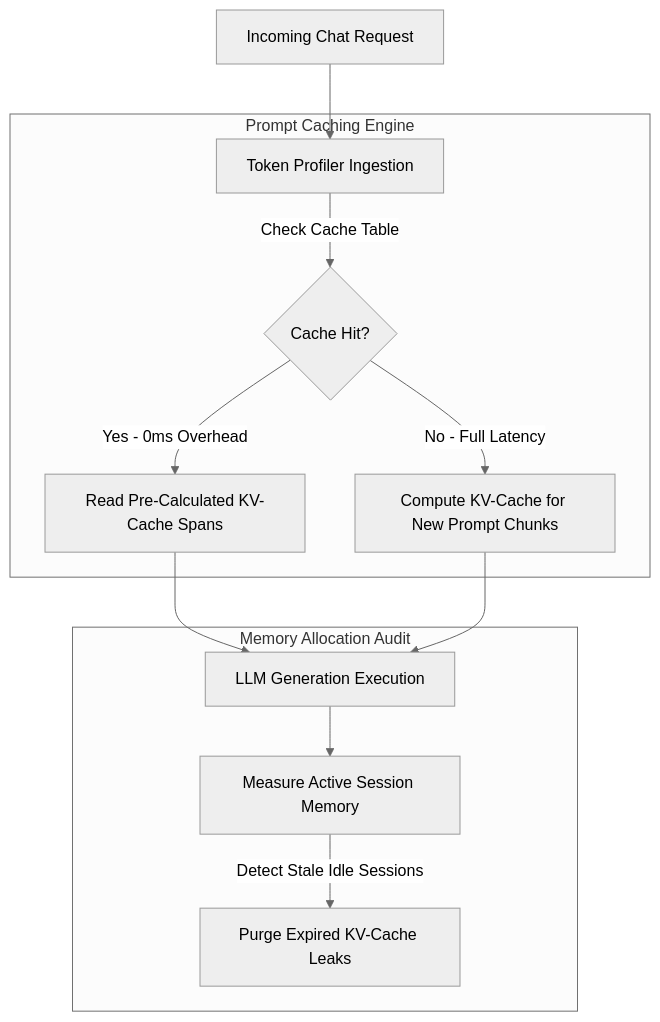
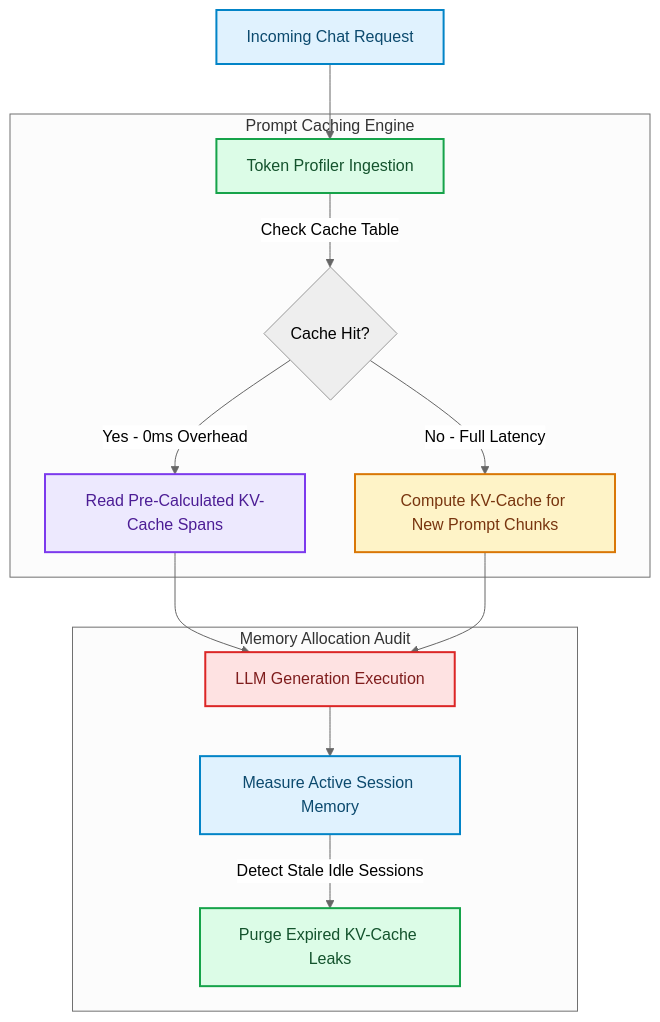
Before and after one commit to akmalkhaniub/akmalkhaniub.github.io: the diagram in blog/posts/profiling-token-allocation-tracking-kv-cache-leakage-prompt-overheads.md, drawn with Mermaid (neutral theme). The commit also changed other lines of this file and 1291 other files, not shown here.

First line of the commit message:
feat(catalog): unique covers, scholarly references, and diagram palettes

````diff
--- a/blog/posts/profiling-token-allocation-tracking-kv-cache-leakage-prompt-overheads.md
+++ b/blog/posts/profiling-token-allocation-tracking-kv-cache-leakage-prompt-overheads.md
@@ -17,18 +17,29 @@
 ```mermaid
 flowchart TD
-  A[Incoming Chat Request] --> B[Token Profiler Ingestion]
+  A["Incoming Chat Request"] --> B["Token Profiler Ingestion"]
   
   subgraph SG1_PromptCachingEngine ["Prompt Caching Engine"]
     B -->|Check Cache Table| C{Cache Hit?}
-    C -->|Yes - 0ms Overhead| D[Read Pre-Calculated KV-Cache Spans]
-    C -->|No - Full Latency| E[Compute KV-Cache for New Prompt Chunks]
+    C -->|Yes - 0ms Overhead| D["Read Pre-Calculated KV-Cache Spans"]
+    C -->|No - Full Latency| E["Compute KV-Cache for New Prompt Chunks"]
   end
   
-  D --> F[LLM Generation Execution]
+  D --> F["LLM Generation Execution"]
   E --> F
   
   subgraph SG2_MemoryAllocationAudit ["Memory Allocation Audit"]
-    F --> G[Measure Active Session Memory]
-    G -->|Detect Stale Idle Sessions| H[Purge Expired KV-Cache Leaks]
+    F --> G["Measure Active Session Memory"]
+    G -->|Detect Stale Idle Sessions| H["Purge Expired KV-Cache Leaks"]
   end
+
+classDef green fill:#dcfce7,stroke:#16a34a,stroke-width:2px,color:#14532d;
+classDef red fill:#fee2e2,stroke:#dc2626,stroke-width:2px,color:#7f1d1d;
+classDef blue fill:#e0f2fe,stroke:#0284c7,stroke-width:2px,color:#0c4a6e;
+classDef yellow fill:#fef3c7,stroke:#d97706,stroke-width:2px,color:#78350f;
+classDef purple fill:#ede9fe,stroke:#7c3aed,stroke-width:2px,color:#4c1d95;
+class A,G blue
+class B,H green
+class D purple
+class E yellow
+class F red
 ```
````
